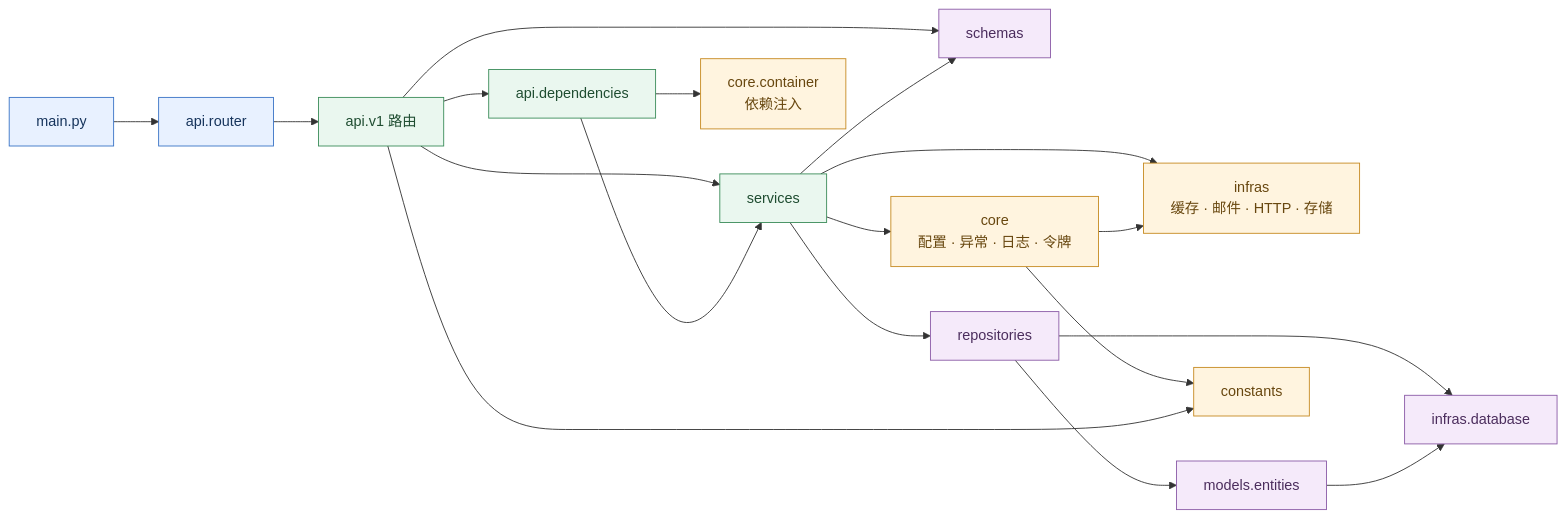
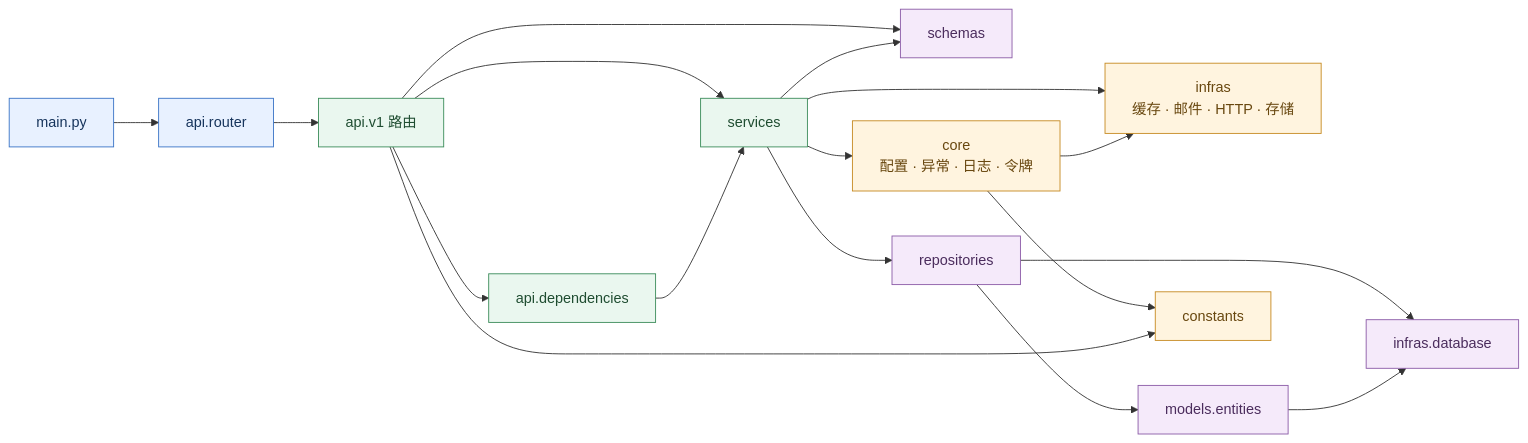
One commit to cross-lang/x-HanJiang changed the third of 3 diagrams in README.md. Above: the diagram before and after it, drawn with Mermaid. The commit also changed other lines of this file and 8 other files, not shown here.

````diff
--- a/README.md
+++ b/README.md
@@ -299,32 +298,31 @@
 ```mermaid
 flowchart LR
   Main[main.py] --> Router[api.router]
   Router --> API[api.v1 路由]
   API --> Dependencies[api.dependencies]
   API --> Schemas[schemas]
   API --> Services[services]
 
-  Dependencies --> Container[core.container<br/>依赖注入]
   Dependencies --> Services
   Services --> Repositories[repositories]
   Services --> Schemas
   Services --> Core[core<br/>配置 · 异常 · 日志 · 令牌]
   Services --> Infra[infras<br/>缓存 · 邮件 · HTTP · 存储]
 
   Repositories --> Entities[models.entities]
   Repositories --> Database[infras.database]
   Entities --> Database
   Core --> Infra
   Core --> Constants[constants]
   API --> Constants
 
   classDef entry fill:#e8f1ff,stroke:#3973c6,color:#16345c;
   classDef app fill:#eaf7ef,stroke:#3b8c5a,color:#1f4d31;
   classDef support fill:#fff4df,stroke:#c68a22,color:#68470f;
   classDef data fill:#f5eafa,stroke:#8b5ba7,color:#4b2d5d;
 
   class Main,Router entry;
   class API,Dependencies,Services app;
-  class Core,Infra,Container,Constants support;
+  class Core,Infra,Constants support;
   class Repositories,Entities,Database,Schemas data;
 ```
````
